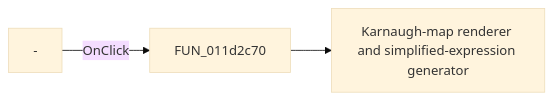
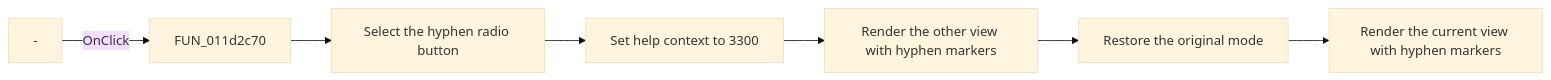
Before and after one commit to MovGP0/TIARA: the diagram in docs/ui-controls/vk-form/minuszjel-d792f24bac.md, drawn with Mermaid (base theme). The commit also changed other lines of this file and 1062 other files, not shown here.

````diff
--- a/docs/ui-controls/vk-form/minuszjel-d792f24bac.md
+++ b/docs/ui-controls/vk-form/minuszjel-d792f24bac.md
@@ -27,5 +29,9 @@
 ```mermaid
 flowchart LR
     control["-"] -->|OnClick| handler["FUN_011d2c70"]
-    handler --> call1["Karnaugh-map renderer and simplified-expression generator"]
+    handler --> selectMarker["Select the hyphen radio button"]
+    selectMarker --> helpContext["Set help context to 3300"]
+    helpContext --> renderOther["Render the other view with hyphen markers"]
+    renderOther --> restoreMode["Restore the original mode"]
+    restoreMode --> renderCurrent["Render the current view with hyphen markers"]
 ```
````
